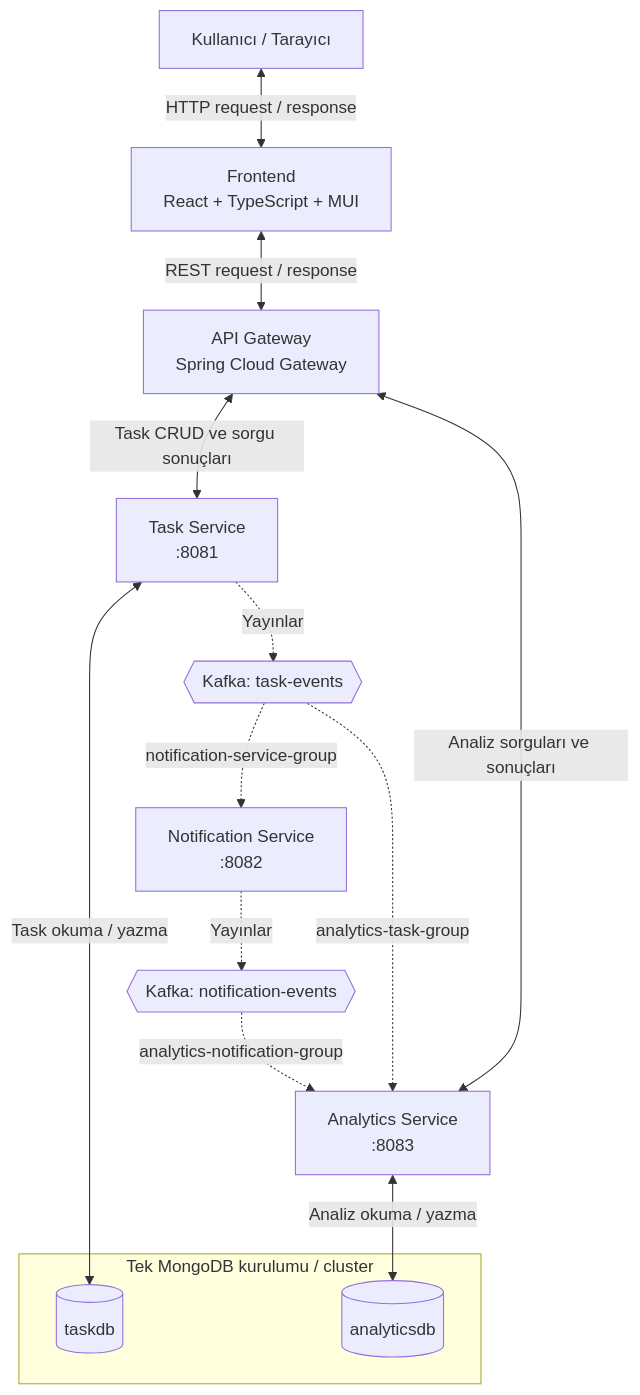
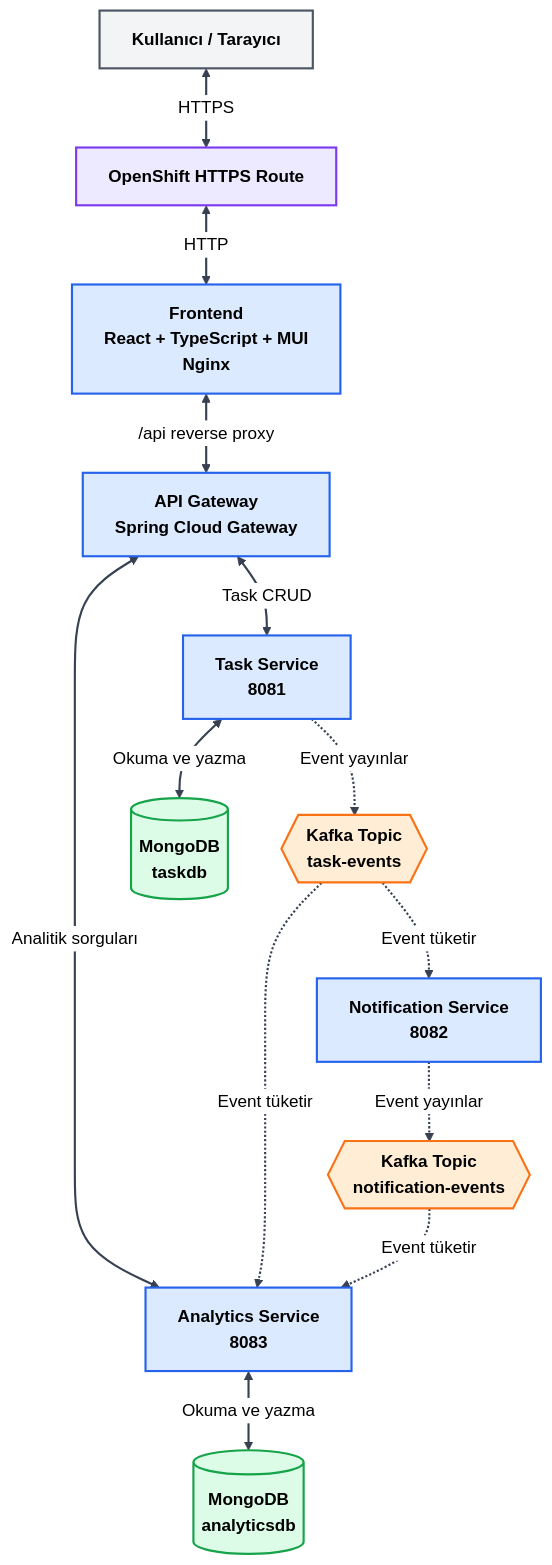
Before and after one commit to YusuffBulbul/task-management-system: the first of 3 diagrams in README.md, drawn with Mermaid. The commit also changed other lines of this file, not shown here.

````diff
--- a/README.md
+++ b/README.md
@@ -7,23 +41,45 @@
 ```mermaid
+%%{init: {"theme":"base","themeVariables":{"fontFamily":"Arial","textColor":"#000000","primaryTextColor":"#000000","lineColor":"#374151","edgeLabelBackground":"#FFFFFF"}}}%%
 flowchart TB
-    U["Kullanıcı / Tarayıcı"] <-->|HTTP request / response| F["Frontend<br/>React + TypeScript + MUI"]
-    F <-->|REST request / response| G["API Gateway<br/>Spring Cloud Gateway"]
+    U["Kullanıcı / Tarayıcı"]
+    R["OpenShift HTTPS Route"]
+    F["Frontend<br/>React + TypeScript + MUI<br/>Nginx"]
+    G["API Gateway<br/>Spring Cloud Gateway"]
+    T["Task Service<br/>8081"]
+    N["Notification Service<br/>8082"]
+    A["Analytics Service<br/>8083"]
+    TE{{"Kafka Topic<br/>task-events"}}
+    NE{{"Kafka Topic<br/>notification-events"}}
+    TD[("MongoDB<br/>taskdb")]
+    AD[("MongoDB<br/>analyticsdb")]
 
-    G <-->|Task CRUD ve sorgu sonuçları| T["Task Service<br/>:8081"]
-    G <-->|Analiz sorguları ve sonuçları| A["Analytics Service<br/>:8083"]
+    U <-->|HTTPS| R
+    R <-->|HTTP| F
+    F <-->|/api reverse proxy| G
 
-    subgraph M["Tek MongoDB kurulumu / cluster"]
-        TD[("taskdb")]
-        AD[("analyticsdb")]
-    end
+    G <-->|Task CRUD| T
+    G <-->|Analitik sorguları| A
 
-    T <-->|Task okuma / yazma| TD
-    A <-->|Analiz okuma / yazma| AD
+    T <-->|Okuma ve yazma| TD
+    A <-->|Okuma ve yazma| AD
 
-    T -.->|Yayınlar| TE{{"Kafka: task-events"}}
-    TE -.->|notification-service-group| N["Notification Service<br/>:8082"]
-    TE -.->|analytics-task-group| A
+    T -.->|Event yayınlar| TE
+    TE -.->|Event tüketir| N
+    TE -.->|Event tüketir| A
+    N -.->|Event yayınlar| NE
+    NE -.->|Event tüketir| A
 
-    N -.->|Yayınlar| NE{{"Kafka: notification-events"}}
-    NE -.->|analytics-notification-group| A
+    classDef external fill:#F3F4F6,stroke:#4B5563,color:#000000,stroke-width:2px,font-weight:bold;
+    classDef infrastructure fill:#EDE9FE,stroke:#7C3AED,color:#000000,stroke-width:2px,font-weight:bold;
+    classDef service fill:#DBEAFE,stroke:#2563EB,color:#000000,stroke-width:2px,font-weight:bold;
+    classDef kafka fill:#FFEDD5,stroke:#F97316,color:#000000,stroke-width:2px,font-weight:bold;
+    classDef database fill:#DCFCE7,stroke:#16A34A,color:#000000,stroke-width:2px,font-weight:bold;
+
+    class U external;
+    class R infrastructure;
+    class F,G,T,N,A service;
+    class TE,NE kafka;
+    class TD,AD database;
+
+    linkStyle default stroke:#374151,stroke-width:2px;
 ```
````
